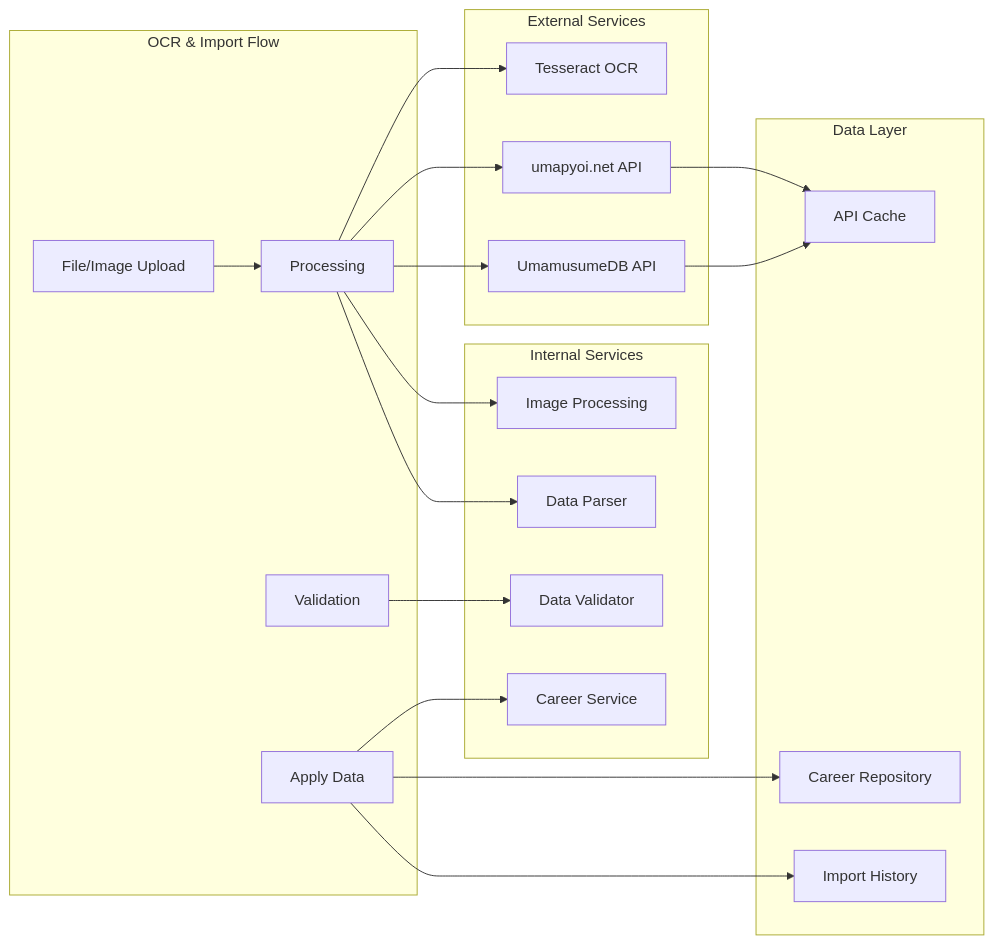
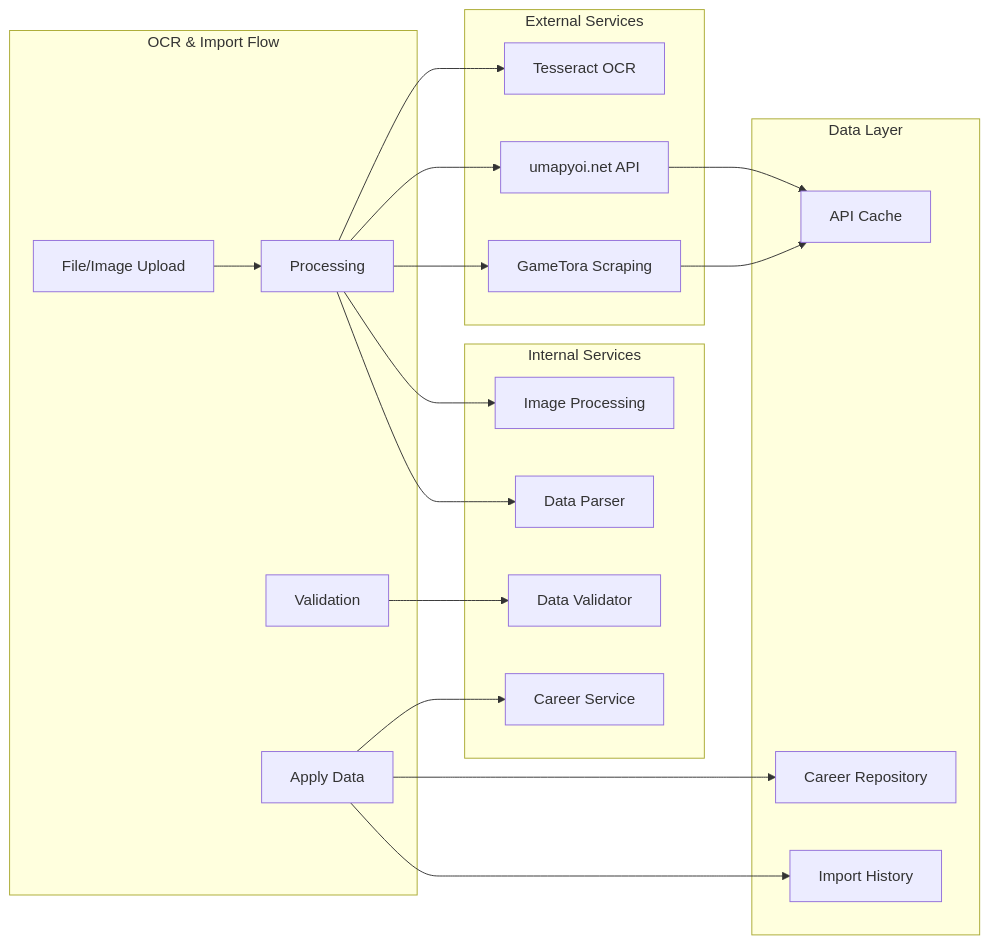
Before and after one commit to exatfrds67/umamusume-career-planner: the sixth of 6 diagrams in docs/01-user-flows/UF-008_OCR_and_Data_Import_Flow.md, drawn with Mermaid. The commit also changed other lines of this file and 111 other files, not shown here.

````diff
--- a/docs/01-user-flows/UF-008_OCR_and_Data_Import_Flow.md
+++ b/docs/01-user-flows/UF-008_OCR_and_Data_Import_Flow.md
@@ -938,44 +938,44 @@
 ```mermaid
 flowchart LR
     subgraph OCRFlow[OCR & Import Flow]
         Upload[File/Image Upload]
         Process[Processing]
         Validate[Validation]
         Apply[Apply Data]
     end
     
     subgraph ExternalServices[External Services]
         Tesseract[Tesseract OCR]
         UmapyoiAPI[umapyoi.net API]
-        FallbackAPI[UmamusumeDB API]
+        FallbackAPI[GameTora Scraping]
     end
     
     subgraph InternalServices[Internal Services]
         ImageProcessor[Image Processing]
         DataParser[Data Parser]
         Validator[Data Validator]
         CareerService[Career Service]
     end
     
     subgraph DataLayer[Data Layer]
         CareerRepo[Career Repository]
         ImportHistory[Import History]
         Cache[API Cache]
     end
     
     Upload --> Process
     Process --> Tesseract
     Process --> UmapyoiAPI
     Process --> FallbackAPI
     
     Process --> ImageProcessor
     Process --> DataParser
     Validate --> Validator
     
     Apply --> CareerService
     Apply --> CareerRepo
     Apply --> ImportHistory
     
     UmapyoiAPI --> Cache
     FallbackAPI --> Cache
 ```
````
